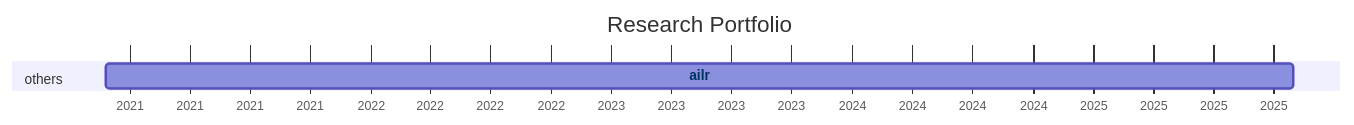
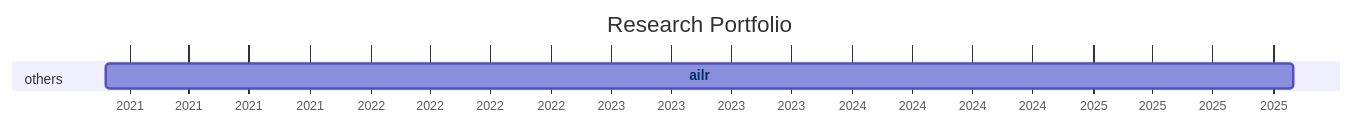
Before and after one commit to digital-work-lab/handbook: the diagram in docs/20-research/25-projects-gantt.md, drawn with Mermaid.

Commit message:
Update repository overview

````diff
--- a/docs/20-research/25-projects-gantt.md
+++ b/docs/20-research/25-projects-gantt.md
@@ -8,21 +8,21 @@
 ```mermaid
 ---
 displayMode: compact
 ---
 gantt
 title Research Portfolio
 dateFormat YYYY-MM-DD
 axisFormat %Y
 
     section work_practices
 
     section distributed_organizing
 
     section knowledge_synthesis
 
     section others
-        ailr :ailr, 2020-11-26, 2025-10-31
+        ailr :ailr, 2020-11-26, 2025-11-01
 
 
     click ailr href "{{ site.baseurl }}/docs/10-lab/18-resources/ailr.html"
 ```
````
